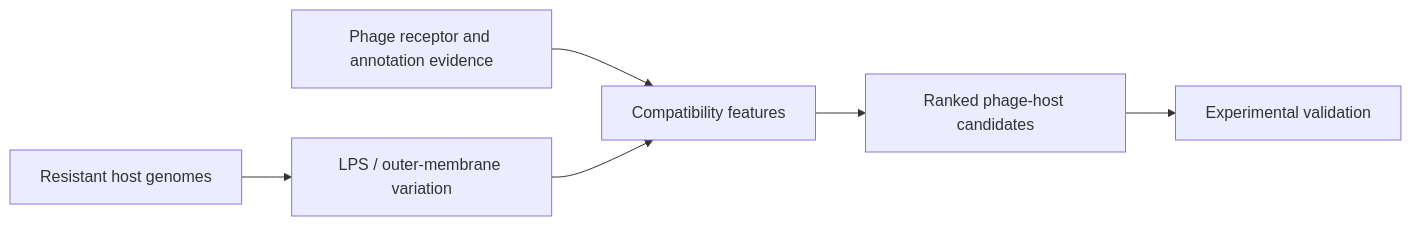
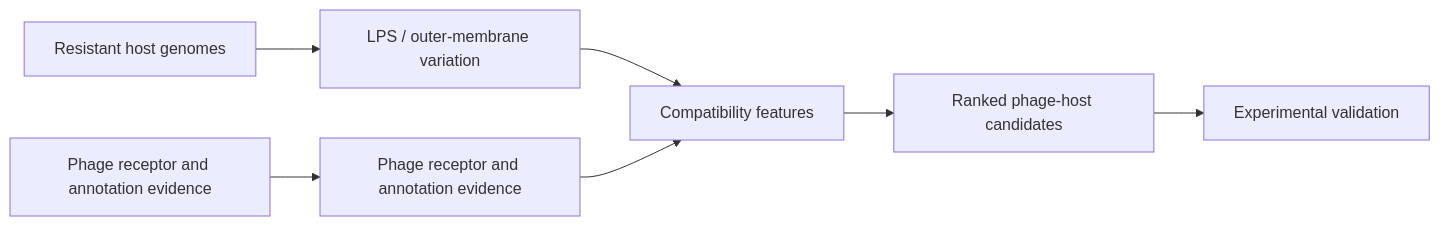
The second of 2 diagrams in _projects/phage-lifestyle-evidence-prototype.md (Bruce-BC/bruce-bc.github.io), drawn with Mermaid before and after one commit. The commit also changed other lines of this file and 19 other files, not shown here.

````diff
--- a/_projects/phage-lifestyle-evidence-prototype.md
+++ b/_projects/phage-lifestyle-evidence-prototype.md
@@ -45,8 +52,10 @@
 ```mermaid
 flowchart LR
-    A[Resistant host genomes] --> B[LPS / outer-membrane variation]
-    C[Phage receptor and annotation evidence] --> D[Compatibility features]
-    B --> D
-    D --> E[Ranked phage-host candidates]
-    E --> F[Experimental validation]
+    resistant_host_genomes[Resistant host genomes] --> host_surface_variation[LPS / outer-membrane variation]
+    phage_side_evidence[Phage receptor and annotation evidence] --> phage_receptor_evidence[Phage receptor and annotation evidence]
+    host_surface_variation --> compatibility_features[Compatibility features]
+    phage_receptor_evidence --> compatibility_features
+    compatibility_features --> ranked_candidates[Ranked phage-host candidates]
+    ranked_candidates --> experimental_validation[Experimental validation]
+    class host_surface_variation,phage_receptor_evidence,compatibility_features,experimental_validation project-tool-node
 ```
````
